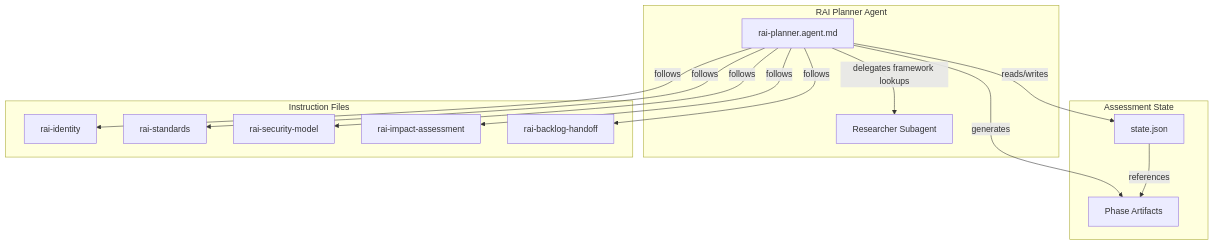
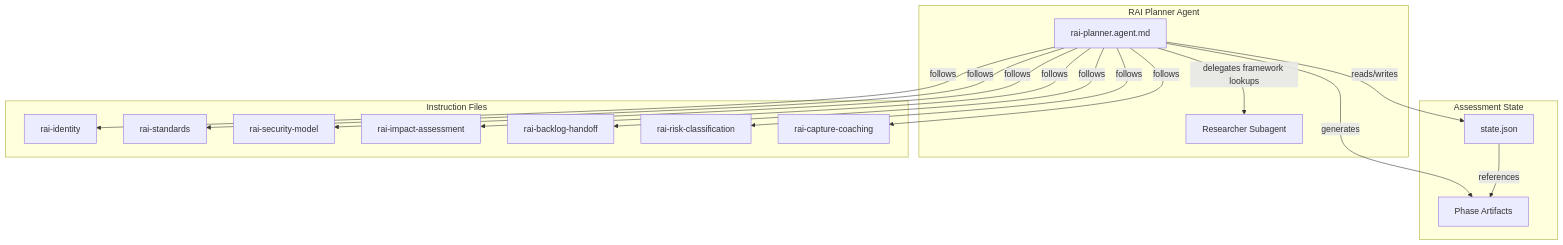
The diagram in docs/agents/rai-planning/agent-overview.md (microsoft/hve-core), drawn with Mermaid before and after one commit. The commit also changed other lines of this file and 79 other files, not shown here.

````diff
--- a/docs/agents/rai-planning/agent-overview.md
+++ b/docs/agents/rai-planning/agent-overview.md
@@ -23,30 +23,34 @@
 ```mermaid
 flowchart TD
   subgraph Agent ["RAI Planner Agent"]
     RP["rai-planner.agent.md"]
     RS["Researcher Subagent"]
     RP -->|"delegates framework lookups"| RS
   end
 
   subgraph State ["Assessment State"]
     SJ["state.json"]
     AF["Phase Artifacts"]
     SJ -->|"references"| AF
   end
 
   subgraph Instructions ["Instruction Files"]
     I1["rai-identity"]
     I2["rai-standards"]
     I3["rai-security-model"]
     I4["rai-impact-assessment"]
     I5["rai-backlog-handoff"]
+    I6["rai-risk-classification"]
+    I7["rai-capture-coaching"]
   end
 
   RP -->|"reads/writes"| SJ
   RP -->|"generates"| AF
   RP -->|"follows"| I1
   RP -->|"follows"| I2
   RP -->|"follows"| I3
   RP -->|"follows"| I4
   RP -->|"follows"| I5
+  RP -->|"follows"| I6
+  RP -->|"follows"| I7
 ```
````
